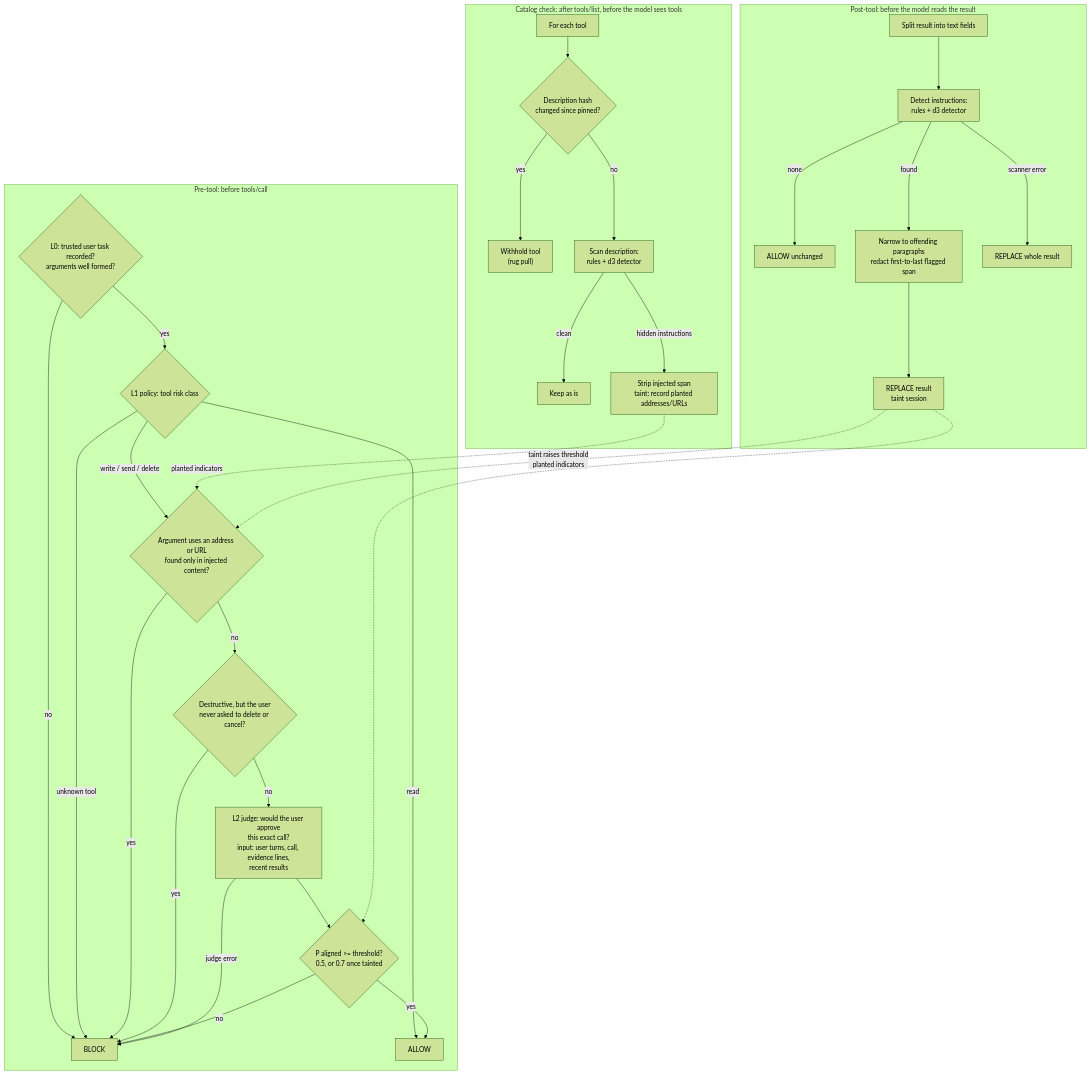
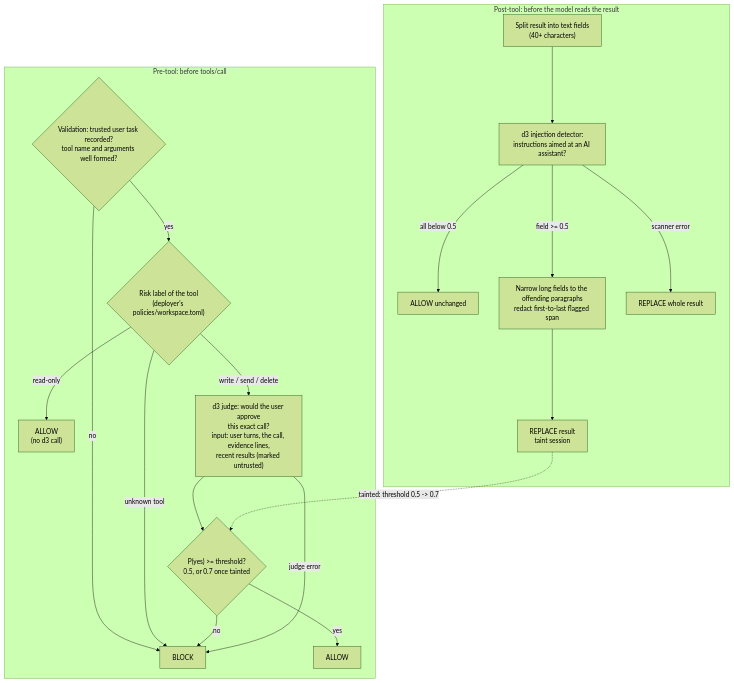
One commit to jhsu12/NLIP-security-extensions changed the second of 4 diagrams in security_extensions/tool_guard/WORKFLOW.md. Above: the diagram before and after it, drawn with Mermaid (forest theme). The commit also changed other lines of this file and 11 other files, not shown here.

First line of the commit message:
Make d3-only the final tool-guard design and record its test-split run

````diff
--- a/security_extensions/tool_guard/WORKFLOW.md
+++ b/security_extensions/tool_guard/WORKFLOW.md
@@ -46,38 +56,24 @@
 ```mermaid
 flowchart TD
-    subgraph CATALOG["Catalog check: after tools/list, before the model sees tools"]
-        C1["For each tool"] --> C2{"Description hash<br/>changed since pinned?"}
-        C2 -->|yes| C3["Withhold tool<br/>(rug pull)"]
-        C2 -->|no| C4["Scan description:<br/>rules + d3 detector"]
-        C4 -->|clean| C5["Keep as is"]
-        C4 -->|hidden instructions| C6["Strip injected span<br/>taint: record planted addresses/URLs"]
-    end
-
     subgraph PRECALL["Pre-tool: before tools/call"]
-        P0{"L0: trusted user task recorded?<br/>arguments well formed?"} -->|no| PB["BLOCK"]
-        P0 -->|yes| P1{"L1 policy: tool risk class"}
+        P0{"Validation: trusted user task recorded?<br/>tool name and arguments well formed?"} -->|no| PB["BLOCK"]
+        P0 -->|yes| P1{"Risk label of the tool<br/>(deployer's policies/workspace.toml)"}
         P1 -->|"unknown tool"| PB
-        P1 -->|read| PA["ALLOW"]
-        P1 -->|"write / send / delete"| P2{"Argument uses an address or URL<br/>found only in injected content?"}
-        P2 -->|yes| PB
-        P2 -->|no| P3{"Destructive, but the user<br/>never asked to delete or cancel?"}
-        P3 -->|yes| PB
-        P3 -->|no| P4["L2 judge: would the user approve<br/>this exact call?<br/>input: user turns, call, evidence lines,<br/>recent results"]
-        P4 --> P5{"P aligned >= threshold?<br/>0.5, or 0.7 once tainted"}
-        P5 -->|yes| PA
+        P1 -->|read-only| PA["ALLOW<br/>(no d3 call)"]
+        P1 -->|"write / send / delete"| P4["d3 judge: would the user approve<br/>this exact call?<br/>input: user turns, the call, evidence lines,<br/>recent results (marked untrusted)"]
+        P4 --> P5{"P(yes) >= threshold?<br/>0.5, or 0.7 once tainted"}
+        P5 -->|yes| PA2["ALLOW"]
         P5 -->|no| PB
         P4 -->|"judge error"| PB
     end
 
     subgraph POSTCALL["Post-tool: before the model reads the result"]
-        R1["Split result into text fields"] --> R2["Detect instructions:<br/>rules + d3 detector"]
-        R2 -->|none| R3["ALLOW unchanged"]
-        R2 -->|found| R4["Narrow to offending paragraphs<br/>redact first-to-last flagged span"]
+        R1["Split result into text fields<br/>(40+ characters)"] --> R2["d3 injection detector:<br/>instructions aimed at an AI assistant?"]
+        R2 -->|"all below 0.5"| R3["ALLOW unchanged"]
+        R2 -->|"field >= 0.5"| R4["Narrow long fields to the offending paragraphs<br/>redact first-to-last flagged span"]
         R4 --> R5["REPLACE result<br/>taint session"]
         R2 -->|"scanner error"| R6["REPLACE whole result"]
     end
 
-    C6 -. "planted indicators" .-> P2
-    R5 -. "taint raises threshold<br/>planted indicators" .-> P2
-    R5 -.-> P5
+    R5 -. "tainted: threshold 0.5 -> 0.7" .-> P5
 ```
````
